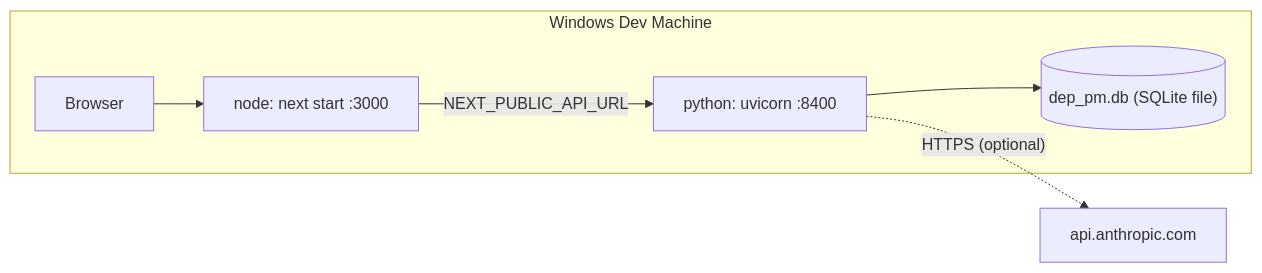
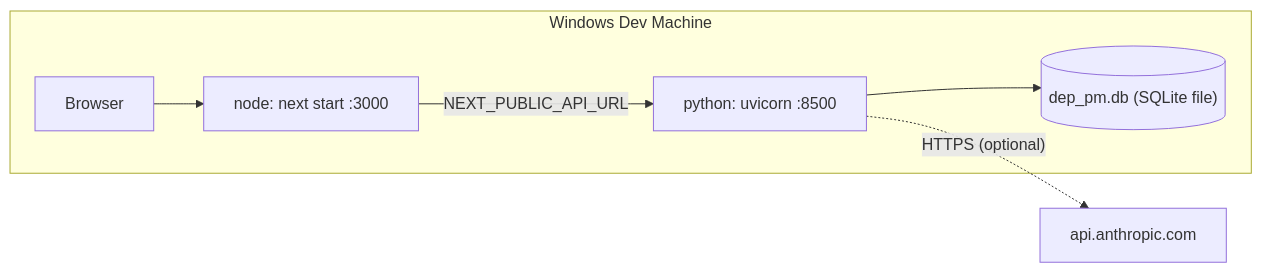
The third of 4 diagrams in docs/ARCHITECTURE.md (ohho2518/d_DEP-PM_Platform), drawn with Mermaid before and after one commit. The commit also changed other lines of this file and 14 other files, not shown here.

````diff
--- a/docs/ARCHITECTURE.md
+++ b/docs/ARCHITECTURE.md
@@ -163,9 +163,9 @@
 ```mermaid
 flowchart LR
     subgraph DevMachine["Windows Dev Machine"]
         BROWSER[Browser] --> NEXT["node: next start :3000"]
-        NEXT -->|"NEXT_PUBLIC_API_URL"| UVI["python: uvicorn :8400"]
+        NEXT -->|"NEXT_PUBLIC_API_URL"| UVI["python: uvicorn :8500"]
         UVI --> SQLITE[("dep_pm.db (SQLite file)")]
     end
     UVI -.->|"HTTPS (optional)"| ANTH["api.anthropic.com"]
 ```
````
